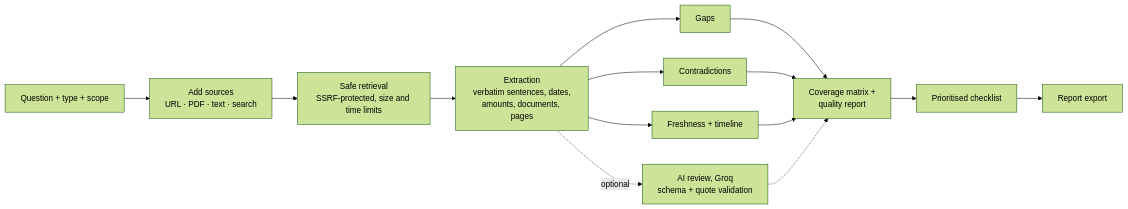
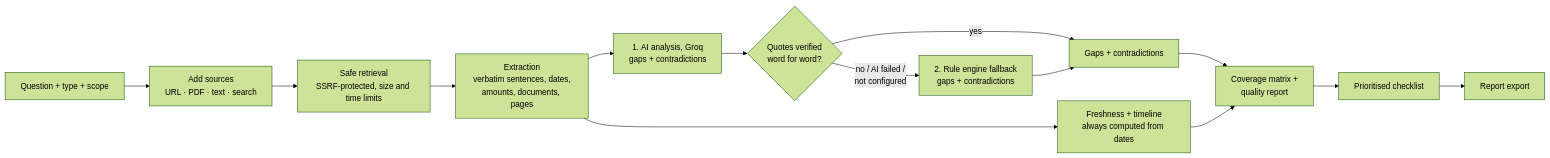
The first of 2 diagrams in README.md (RiteshKumar2e/DIGITAL-DARK-SPOT), drawn with Mermaid (forest theme) before and after one commit. The commit also changed other lines of this file and 19 other files, not shown here.

First line of the commit message:
feat: Implement AI analysis as primary method with fallback to rule engine

````diff
--- a/README.md
+++ b/README.md
@@ -107,14 +107,15 @@
 ```mermaid
 flowchart LR
     A[Question + type + scope] --> B[Add sources<br/>URL · PDF · text · search]
     B --> C[Safe retrieval<br/>SSRF-protected, size and time limits]
     C --> D[Extraction<br/>verbatim sentences, dates,<br/>amounts, documents, pages]
-    D --> E[Gaps]
-    D --> F[Contradictions]
-    D --> G[Freshness + timeline]
-    E & F & G --> H[Coverage matrix +<br/>quality report]
+    D --> K[1. AI analysis, Groq<br/>gaps + contradictions]
+    K --> V{Quotes verified<br/>word for word?}
+    V -- yes --> EF[Gaps + contradictions]
+    V -- "no / AI failed /<br/>not configured" --> R[2. Rule engine fallback<br/>gaps + contradictions]
+    R --> EF
+    D --> G[Freshness + timeline<br/>always computed from dates]
+    EF & G --> H[Coverage matrix +<br/>quality report]
     H --> I[Prioritised checklist]
     I --> J[Report export]
-    D -. optional .-> K[AI review, Groq<br/>schema + quote validation]
-    K -.-> H
 ```
````
